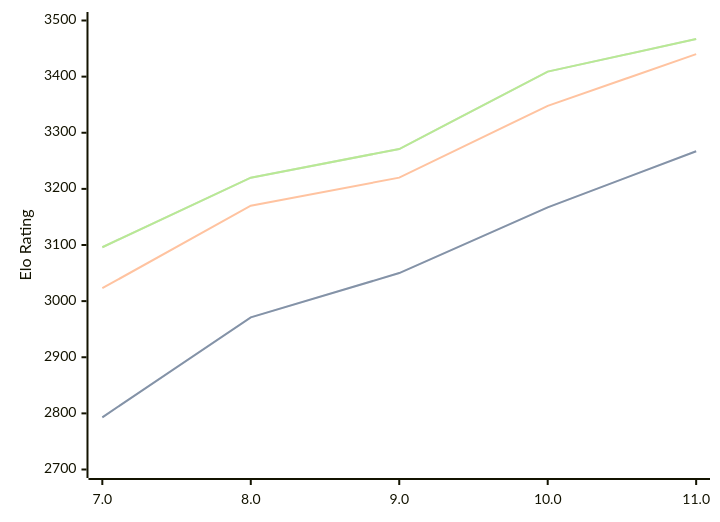
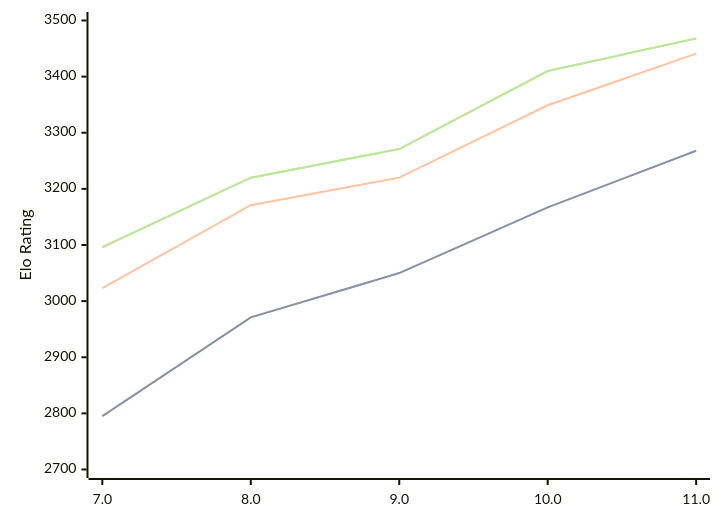
One commit to computer-chess-index/cci changed the diagram in engines/Tcheran.md. Above: the diagram before and after it, drawn with Mermaid. The commit also changed other lines of this file, not shown here.

Commit message:
Update CCI Ratings (ELO VLTC) - 2026-04-07

````diff
--- a/engines/Tcheran.md
+++ b/engines/Tcheran.md
@@ -49,11 +49,11 @@
 ```mermaid
 %%{init: {"theme":"base","themeVariables":{"seriesColors:['#a3a3a3','#222221','#faa371']}}}%%
 xychart-beta
   x-axis ["7.0", "8.0", "9.0", "10.0", "11.0"]
   y-axis "Elo Rating" 2700 --> 3500
-  line "STC (8.0+0.08s)" [2793, 2971, 3050, 3167, 3267]
-  line "STC (8.0+0.08s)" [2793, 2971, 3050, 3167, 3267]
-  line "LTC (60.0+0.60s)" [3023, 3170, 3220, 3348, 3440]
-  line "VLTC (2m24s+1.12s)" [3096, 3220, 3271, 3409, 3467]
-  line "VLTC (2m24s+1.12s)" [3096, 3220, 3271, 3409, 3467]
+  line "STC (8.0+0.08s)" [2795, 2971, 3050, 3167, 3268]
+  line "STC (8.0+0.08s)" [2795, 2971, 3050, 3167, 3268]
+  line "LTC (60.0+0.60s)" [3023, 3171, 3220, 3349, 3441]
+  line "VLTC (2m24s+1.12s)" [3096, 3220, 3271, 3410, 3468]
+  line "VLTC (2m24s+1.12s)" [3096, 3220, 3271, 3410, 3468]
 ```
````
